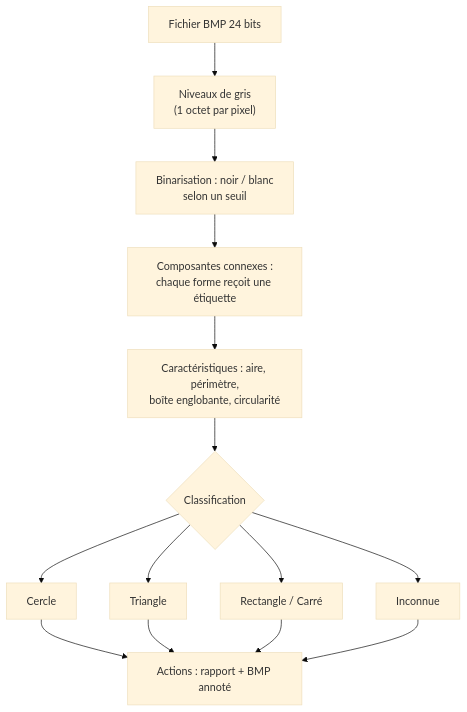
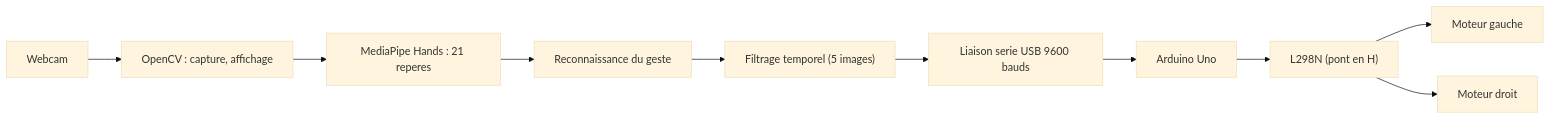
Before and after one commit to Answy-L/MP2I-Informatique: the diagram in README.md, drawn with Mermaid (base theme). The commit also changed other lines of this file and 1 other file, not shown here.

````diff
--- a/README.md
+++ b/README.md
@@ -52,13 +29,12 @@
 ```mermaid
-flowchart TD
-  bmp["Fichier BMP 24 bits"] --> gris["Niveaux de gris<br/>(1 octet par pixel)"]
-  gris --> bin["Binarisation : noir / blanc<br/>selon un seuil"]
-  bin --> cc["Composantes connexes :<br/>chaque forme reçoit une étiquette"]
-  cc --> cara["Caractéristiques : aire, périmètre,<br/>boîte englobante, circularité"]
-  cara --> classe{"Classification"}
-  classe --> cercle["Cercle"]
-  classe --> tri["Triangle"]
-  classe --> rect["Rectangle / Carré"]
-  classe --> inconnu["Inconnue"]
-  cercle & tri & rect & inconnu --> action["Actions : rapport + BMP annoté"]
+flowchart LR
+  W["Webcam"] --> CV["OpenCV : capture, affichage"]
+  CV --> MP["MediaPipe Hands : 21 reperes"]
+  MP --> GES["Reconnaissance du geste"]
+  GES --> FIL["Filtrage temporel (5 images)"]
+  FIL --> SER["Liaison serie USB 9600 bauds"]
+  SER --> ARD["Arduino Uno"]
+  ARD --> DRV["L298N (pont en H)"]
+  DRV --> M1["Moteur gauche"]
+  DRV --> M2["Moteur droit"]
 ```
````
